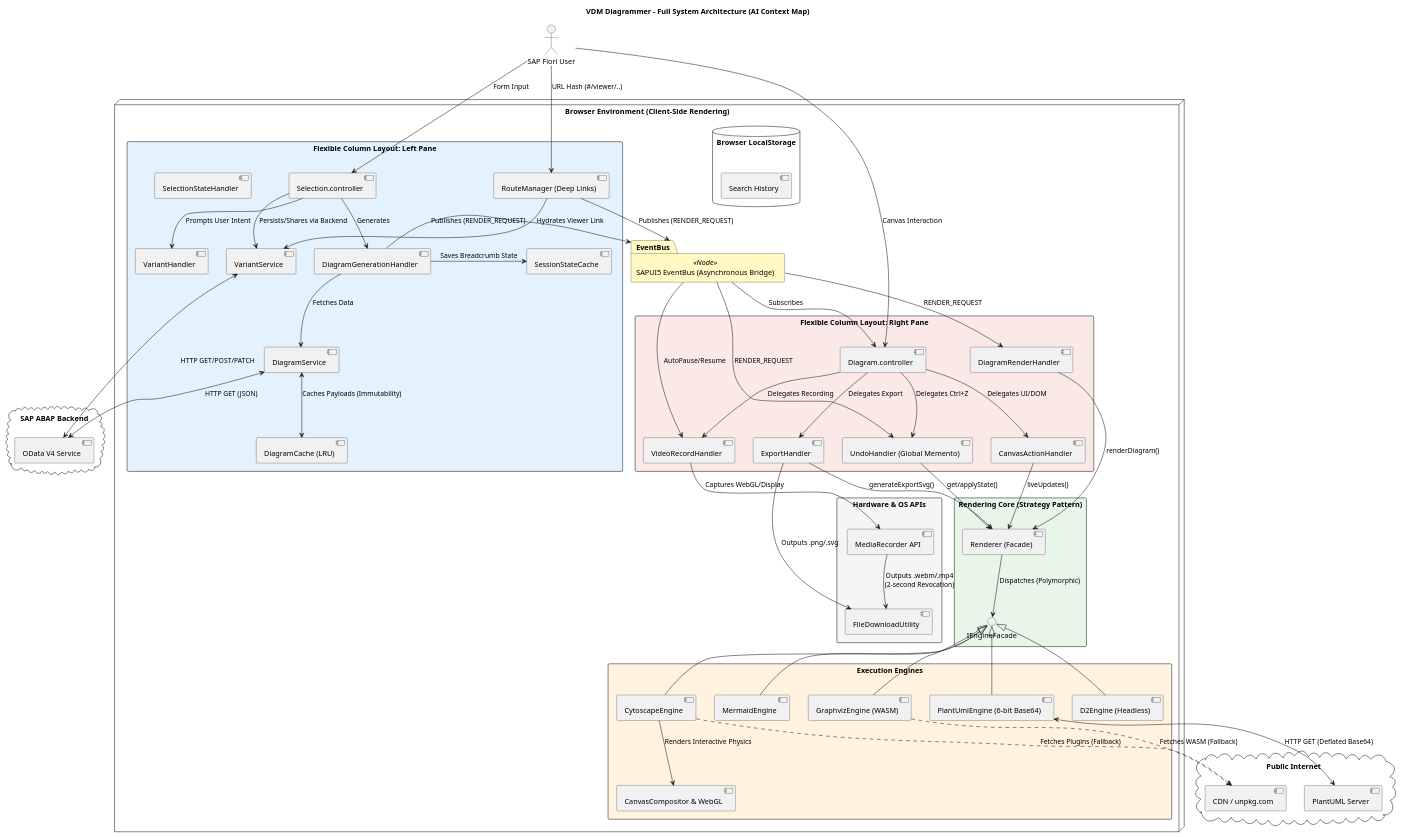
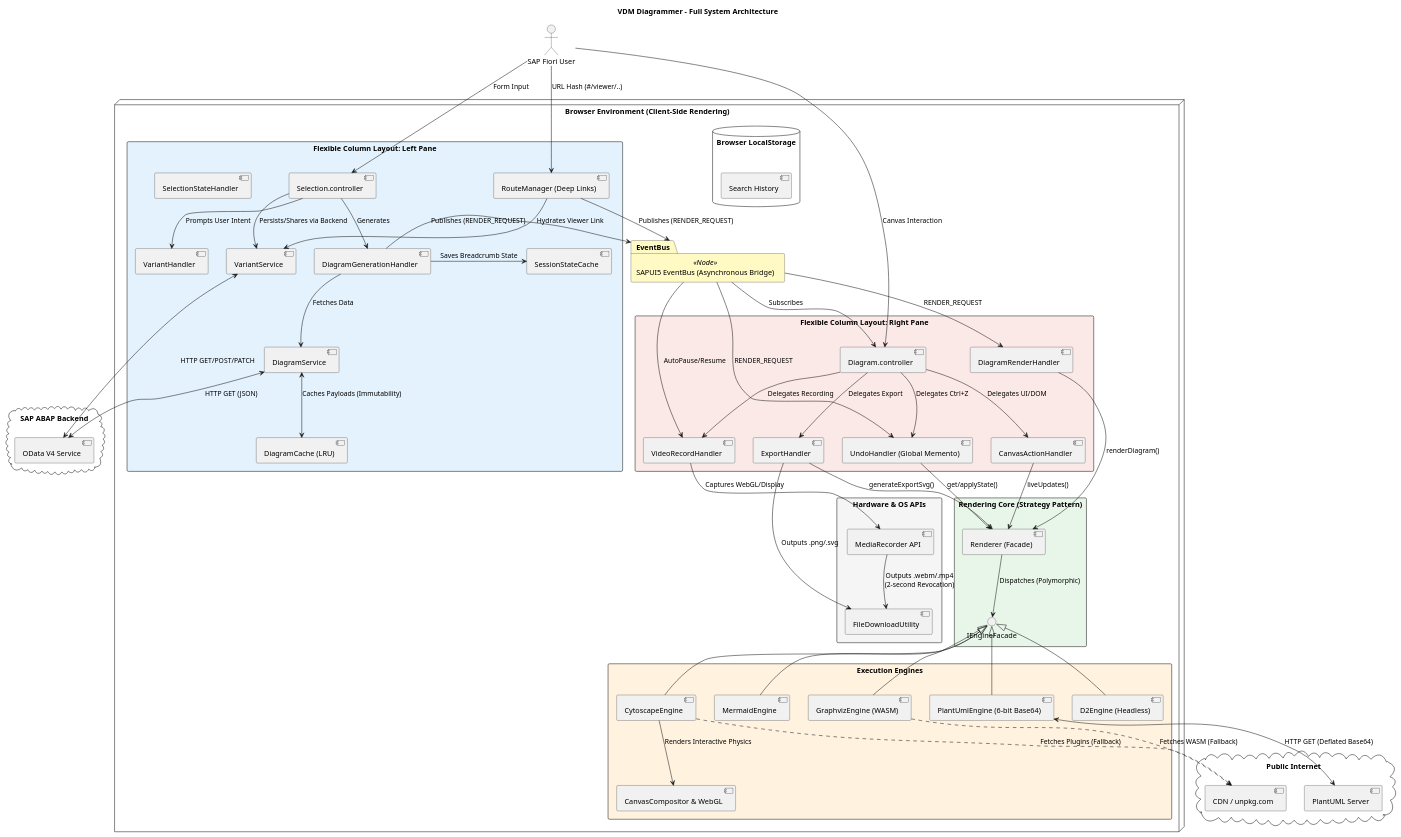
Before and after one commit to SiliconStreetDev1/abap-vdm-cds-diagram-ui: the diagram in design/system_architecture_context.puml, drawn with PlantUML. The commit also changed 15 other files, not shown here.

```diff
--- a/design/system_architecture_context.puml
+++ b/design/system_architecture_context.puml
@@ -1,116 +1,116 @@
 @startuml
-title VDM Diagrammer - Full System Architecture (AI Context Map)
+title VDM Diagrammer - Full System Architecture
 
 skinparam componentStyle uml2
 skinparam handwritten false
 skinparam packageStyle rectangle
 
 actor "SAP Fiori User" as User
 
 node "Browser Environment (Client-Side Rendering)" {
     
     database "Browser LocalStorage" as LS {
         [Search History]
     }
 
     package "SAPUI5 EventBus (Asynchronous Bridge)" as EventBus <<Node>> #FFF9C4
 
     package "Flexible Column Layout: Left Pane" #E3F2FD {
         [RouteManager (Deep Links)] as Router
         [Selection.controller] as SelCtrl
         [DiagramService] as DiagSvc
         [DiagramCache (LRU)] as LRU
         [VariantHandler] as VarHand
         [SelectionStateHandler] as StateHand
         [DiagramGenerationHandler] as GenHand
         [SessionStateCache] as Session
         [VariantService] as VarSvc
 
         Router -down-> VarSvc : Hydrates Viewer Link
         SelCtrl -down-> GenHand : Generates
         SelCtrl -down-> VarHand : Prompts User Intent
         SelCtrl -down-> VarSvc : Persists/Shares via Backend
         GenHand -right-> Session : Saves Breadcrumb State
         GenHand -down-> DiagSvc : Fetches Data
         DiagSvc <--> LRU : Caches Payloads (Immutability)
         GenHand -right-> EventBus : Publishes (RENDER_REQUEST)
         Router -right-> EventBus : Publishes (RENDER_REQUEST)
     }
 
     package "Flexible Column Layout: Right Pane" #FBE9E7 {
         [Diagram.controller] as DiagCtrl
         [DiagramRenderHandler] as RenderHand
         [CanvasActionHandler] as ActionHand
         [ExportHandler] as ExpHand
         [UndoHandler (Global Memento)] as UndoHand
         [VideoRecordHandler] as VidHand
 
         EventBus -down-> DiagCtrl : Subscribes
         DiagCtrl -down-> ActionHand : Delegates UI/DOM
         DiagCtrl -down-> ExpHand : Delegates Export
         DiagCtrl -down-> UndoHand : Delegates Ctrl+Z
         DiagCtrl -down-> VidHand : Delegates Recording
         
         EventBus -down-> RenderHand : RENDER_REQUEST
         EventBus -down-> UndoHand : RENDER_REQUEST
         EventBus -down-> VidHand : AutoPause/Resume
     }
 
     package "Rendering Core (Strategy Pattern)" #E8F5E9 {
         [Renderer (Facade)] as Renderer
         interface "IEngineFacade" as IEngine
 
         RenderHand -down-> Renderer : renderDiagram()
         ExpHand -down-> Renderer : generateExportSvg()
         UndoHand -down-> Renderer : get/applyState()
         ActionHand -down-> Renderer : liveUpdates()
 
         Renderer -down-> IEngine : Dispatches (Polymorphic)
     }
 
     package "Execution Engines" #FFF3E0 {
         [CytoscapeEngine] as CyEngine
         [MermaidEngine] as MmdEngine
         [GraphvizEngine (WASM)] as GvEngine
         [PlantUmlEngine (6-bit Base64)] as PumlEngine
         [D2Engine (Headless)] as D2Engine
 
         IEngine ^-- CyEngine
         IEngine ^-- MmdEngine
         IEngine ^-- GvEngine
         IEngine ^-- PumlEngine
         IEngine ^-- D2Engine
         
         [CanvasCompositor & WebGL] as WebGL
         CyEngine -down-> WebGL : Renders Interactive Physics
     }
     
     package "Hardware & OS APIs" #F5F5F5 {
         [FileDownloadUtility] as Downloader
         [MediaRecorder API] as MediaRec
         
         VidHand -down-> MediaRec : Captures WebGL/Display
         MediaRec -down-> Downloader : Outputs .webm/.mp4\n(2-second Revocation)
         ExpHand -down-> Downloader : Outputs .png/.svg
     }
 }
 
 cloud "SAP ABAP Backend" as Backend {
     [OData V4 Service] as OData
 }
 
 cloud "Public Internet" as PublicNet {
     [PlantUML Server] as PumlServer
     [CDN / unpkg.com] as CDN
 }
 
 User -down-> SelCtrl : Form Input
 User -down-> DiagCtrl : Canvas Interaction
 User -down-> Router : URL Hash (#/viewer/..)
 DiagSvc <--> OData : HTTP GET (JSON)
 VarSvc <--> OData : HTTP GET/POST/PATCH
 PumlEngine <--> PumlServer : HTTP GET (Deflated Base64)
 CyEngine ..> CDN : Fetches Plugins (Fallback)
 GvEngine ..> CDN : Fetches WASM (Fallback)
 
 @enduml
```
